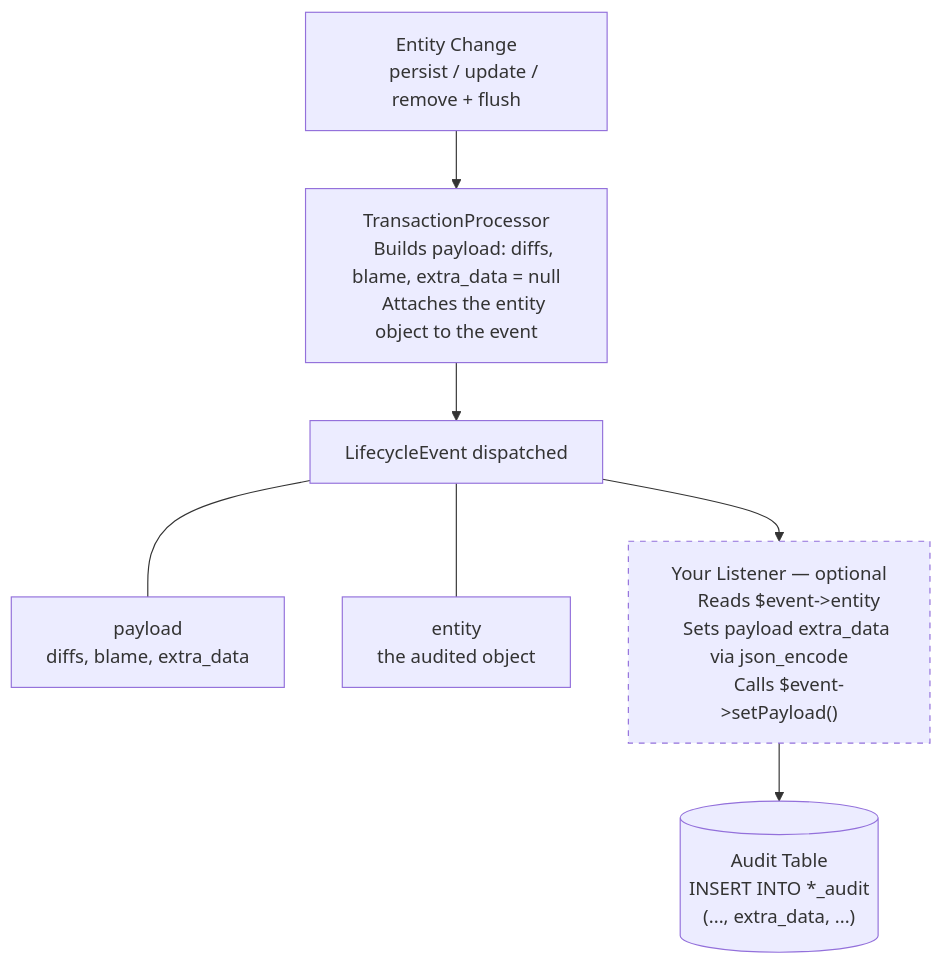
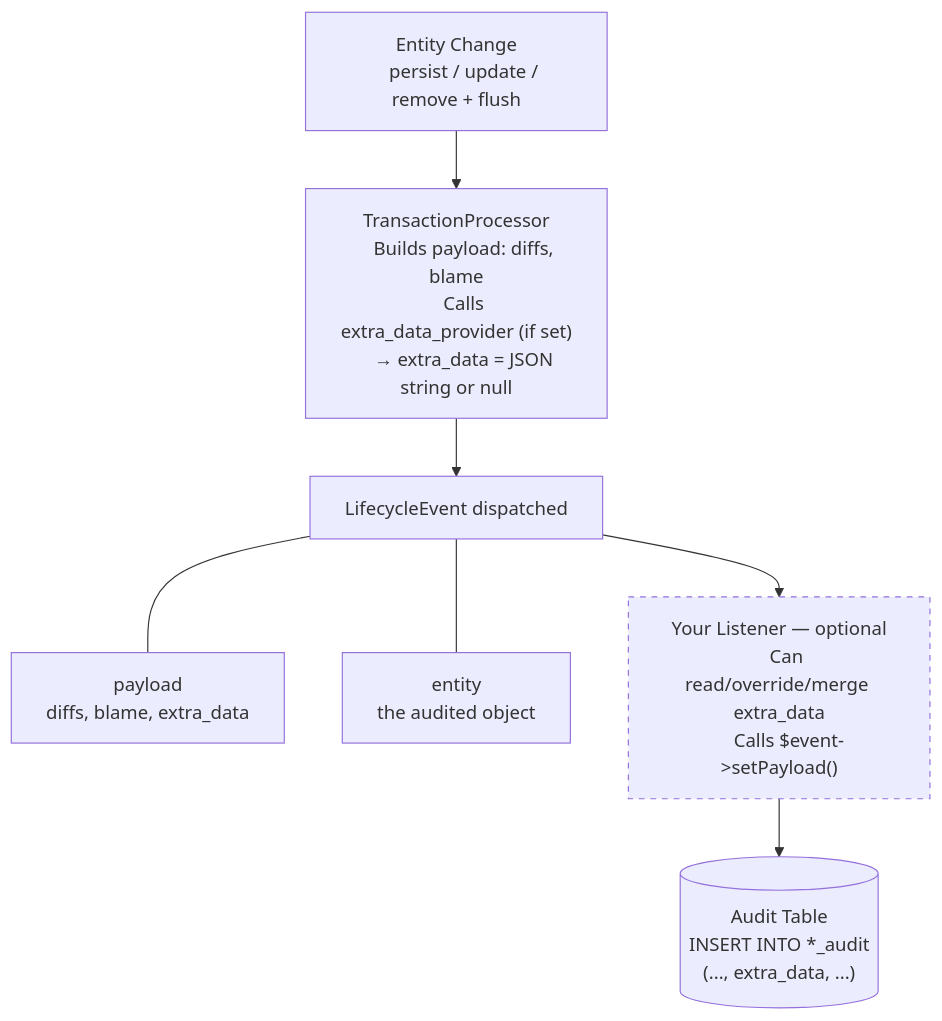
The diagram in docs/extra-data.md (DamienHarper/auditor), drawn with Mermaid before and after one commit. The commit also changed other lines of this file, not shown here.

First line of the commit message:
docs: update extra-data guide to document extra_data_provider approach

````diff
--- a/docs/extra-data.md
+++ b/docs/extra-data.md
@@ -11,27 +16,27 @@
 ```mermaid
 flowchart TD
     A["Entity Change
     persist / update / remove + flush"] --> B
 
     B["TransactionProcessor
-    Builds payload: diffs, blame, extra_data = null
-    Attaches the entity object to the event"] --> C
+    Builds payload: diffs, blame
+    Calls extra_data_provider (if set)
+    → extra_data = JSON string or null"] --> C
 
     C["LifecycleEvent dispatched"]
     C --- D["payload
     diffs, blame, extra_data"]
     C --- E["entity
     the audited object"]
     C --> F
 
     F["Your Listener — optional
-    Reads $event->entity
-    Sets payload extra_data via json_encode
+    Can read/override/merge extra_data
     Calls $event->setPayload()"]:::optional --> G
 
     G[("Audit Table
     INSERT INTO *_audit
     (..., extra_data, ...)")]
 
     classDef optional stroke-dasharray: 5 5
 ```
````
